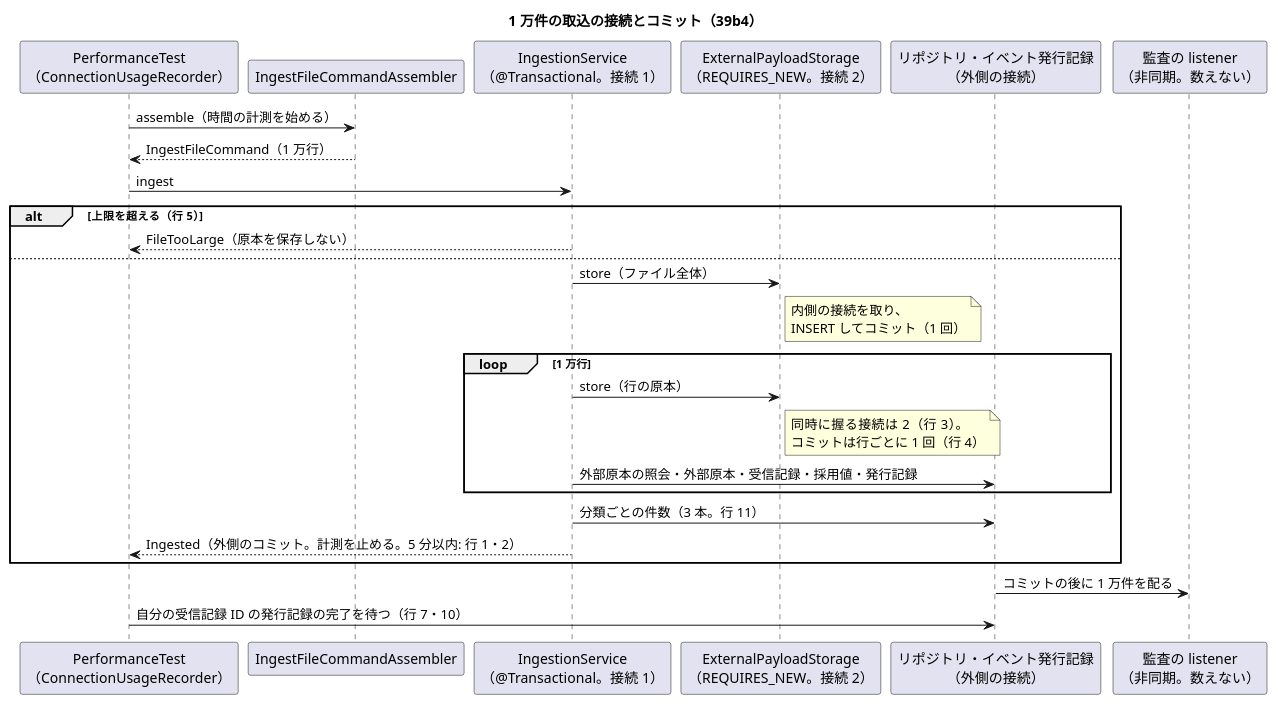
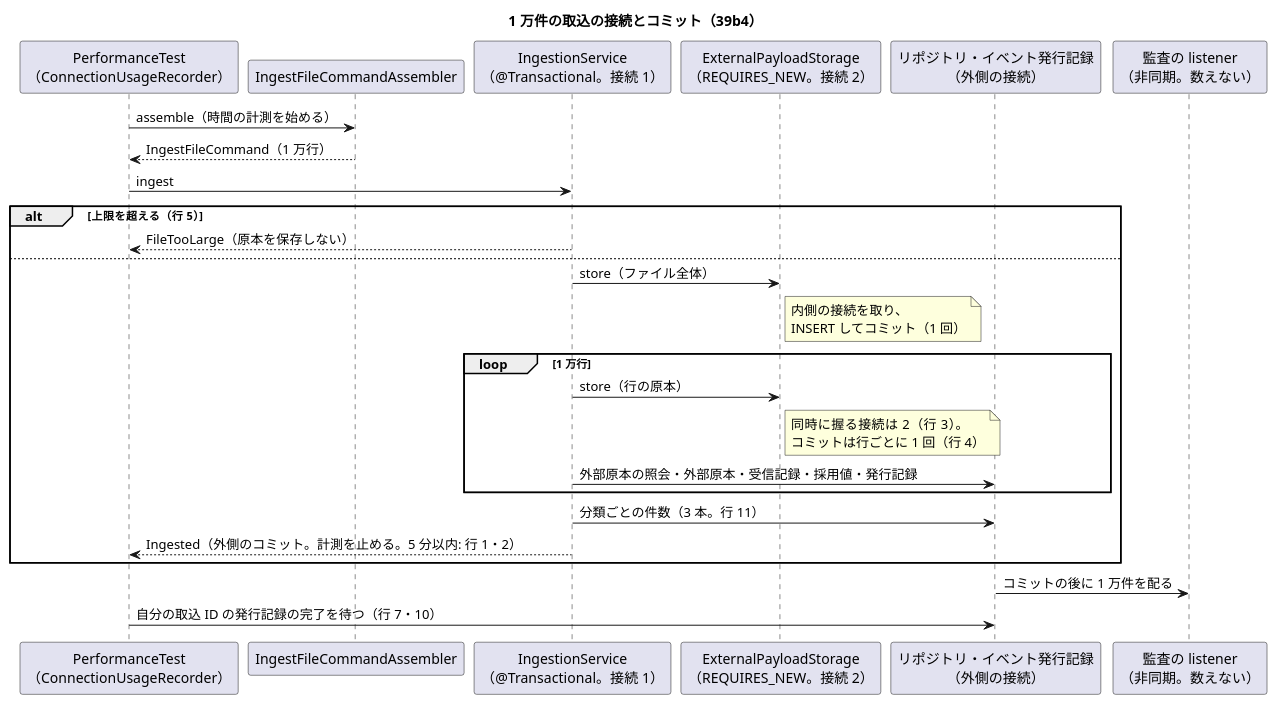
The first of 2 diagrams in docs/development/cargo-tracker/bolt_39b4_plan.md (k2works/practical-domain-driven-design-in-enterpris-application), drawn with PlantUML before and after one commit. The commit also changed other lines of this file and 8 other files, not shown here.

````diff
--- a/docs/development/cargo-tracker/bolt_39b4_plan.md
+++ b/docs/development/cargo-tracker/bolt_39b4_plan.md
@@ -153,29 +155,29 @@
 ```plantuml
 @startuml
 title 1 万件の取込の接続とコミット（39b4）
 participant "PerformanceTest\n（ConnectionUsageRecorder）" as t
 participant "IngestFileCommandAssembler" as asm
 participant "IngestionService\n（@Transactional。接続 1）" as svc
 participant "ExternalPayloadStorage\n（REQUIRES_NEW。接続 2）" as st
 participant "リポジトリ・イベント発行記録\n（外側の接続）" as repo
 participant "監査の listener\n（非同期。数えない）" as h
 t -> asm : assemble（時間の計測を始める）
 asm --> t : IngestFileCommand（1 万行）
 t -> svc : ingest
 alt 上限を超える（行 5）
   svc --> t : FileTooLarge（原本を保存しない）
 else
   svc -> st : store（ファイル全体）
   note right of st : 内側の接続を取り、\nINSERT してコミット（1 回）
   loop 1 万行
     svc -> st : store（行の原本）
     note right of st : 同時に握る接続は 2（行 3）。\nコミットは行ごとに 1 回（行 4）
     svc -> repo : 外部原本の照会・外部原本・受信記録・採用値・発行記録
   end
   svc -> repo : 分類ごとの件数（3 本。行 11）
   svc --> t : Ingested（外側のコミット。計測を止める。5 分以内: 行 1・2）
 end
 repo -> h : コミットの後に 1 万件を配る
-t -> repo : 自分の受信記録 ID の発行記録の完了を待つ（行 7・10）
+t -> repo : 自分の取込 ID の発行記録の完了を待つ（行 7・10）
 @enduml
 ```
````
